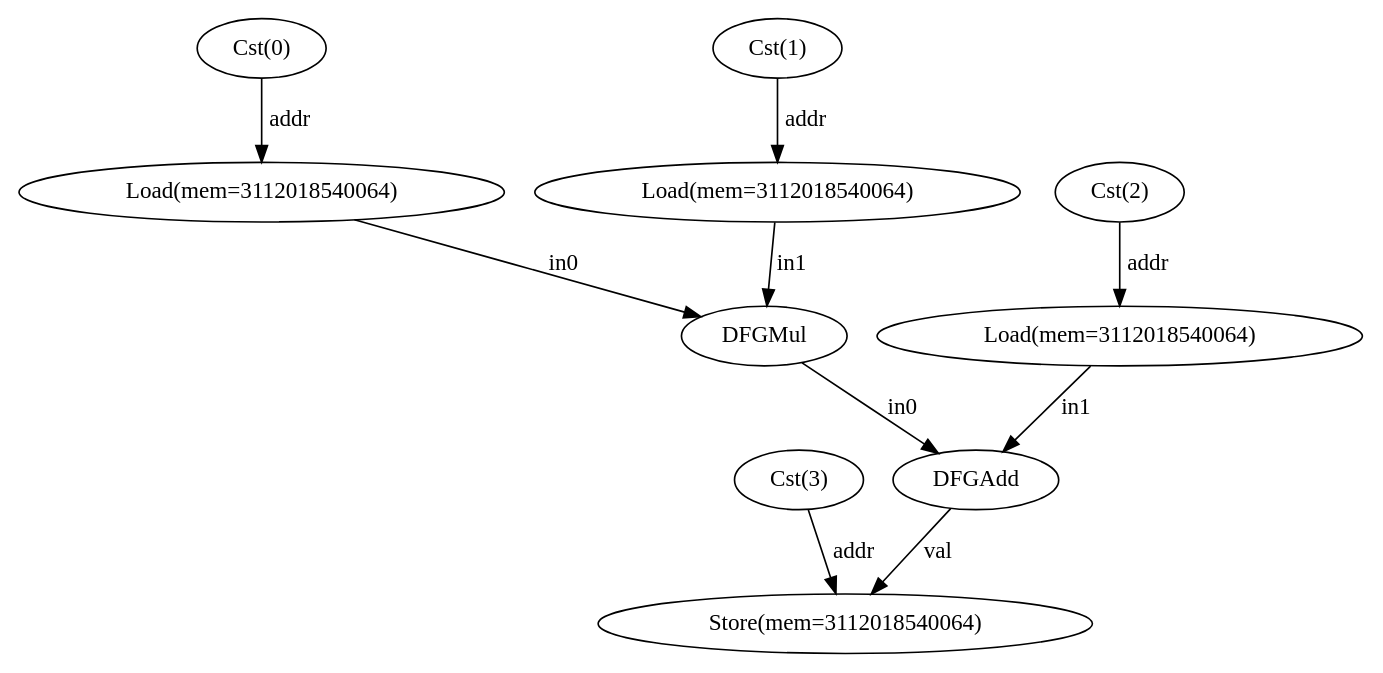
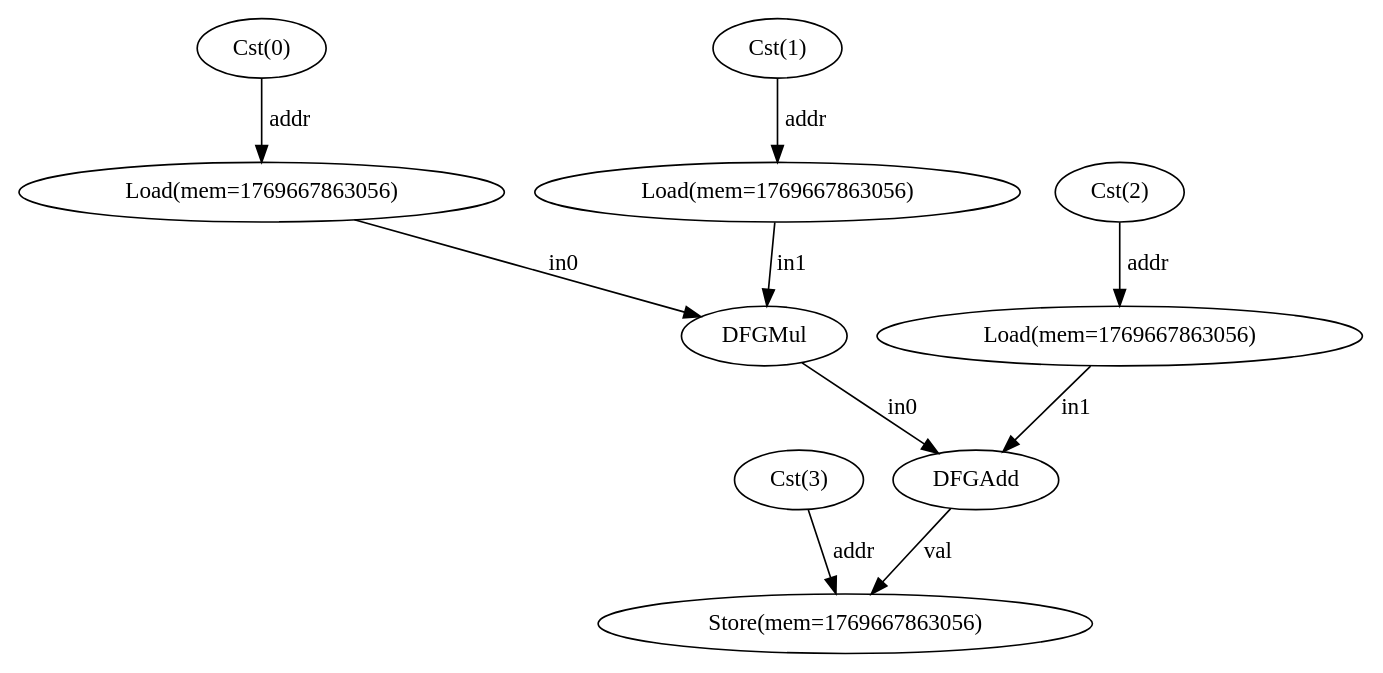
The diagram in dfg.dot (ma-carrillo/High-level-synthesis-assignment), drawn with Graphviz before and after one commit. The commit also changed 4 other files, not shown here.

```diff
--- a/dfg.dot
+++ b/dfg.dot
@@ -1,21 +1,21 @@
 digraph "example_dfg" {
   n0 [label="Cst(3)"];
   n1 [label="Cst(0)"];
-  n2 [label="Load(mem=3112018540064)"];
+  n2 [label="Load(mem=1769667863056)"];
   n3 [label="Cst(1)"];
-  n4 [label="Load(mem=3112018540064)"];
+  n4 [label="Load(mem=1769667863056)"];
   n5 [label="DFGMul"];
   n6 [label="Cst(2)"];
-  n7 [label="Load(mem=3112018540064)"];
+  n7 [label="Load(mem=1769667863056)"];
   n8 [label="DFGAdd"];
-  n9 [label="Store(mem=3112018540064)"];
+  n9 [label="Store(mem=1769667863056)"];
   n0 -> n9 [label="addr"];
   n1 -> n2 [label="addr"];
   n2 -> n5 [label="in0"];
   n3 -> n4 [label="addr"];
   n4 -> n5 [label="in1"];
   n5 -> n8 [label="in0"];
   n6 -> n7 [label="addr"];
   n7 -> n8 [label="in1"];
   n8 -> n9 [label="val"];
 }
```
